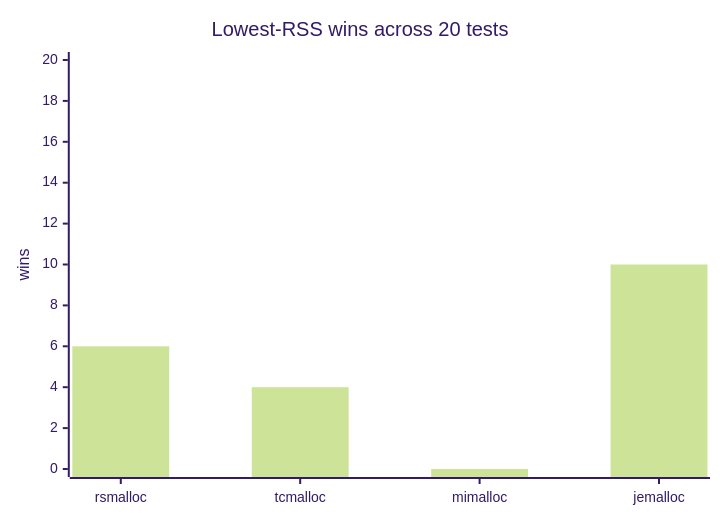
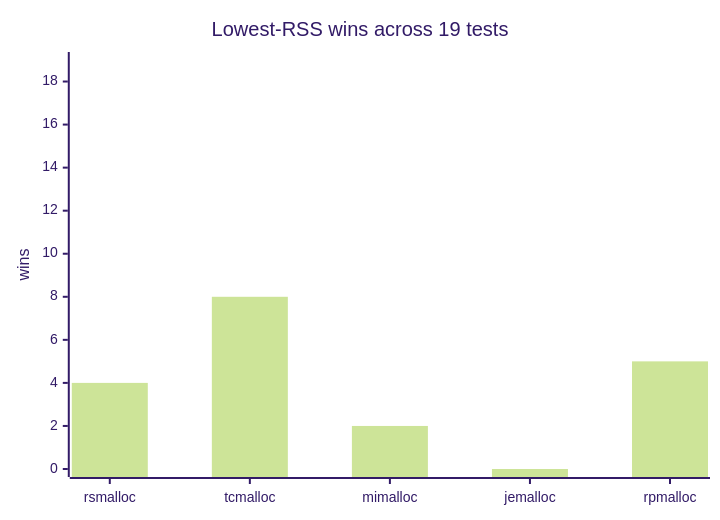
One commit to Metehan120/rsmalloc changed the second of 10 diagrams in benchmarks/benchmarks.md. Above: the diagram before and after it, drawn with Mermaid (forest theme). The commit also changed other lines of this file and 64 other files, not shown here.

````diff
--- a/benchmarks/benchmarks.md
+++ b/benchmarks/benchmarks.md
@@ -85,7 +106,7 @@
 ```mermaid
 xychart-beta
-    title "Lowest-RSS wins across 20 tests"
-    x-axis [rsmalloc, tcmalloc, mimalloc, jemalloc]
-    y-axis "wins" 0 --> 20
-    bar [6, 4, 0, 10]
+    title "Lowest-RSS wins across 19 tests"
+    x-axis [rsmalloc, tcmalloc, mimalloc, jemalloc, rpmalloc]
+    y-axis "wins" 0 --> 19
+    bar [4, 8, 2, 0, 5]
 ```
````
